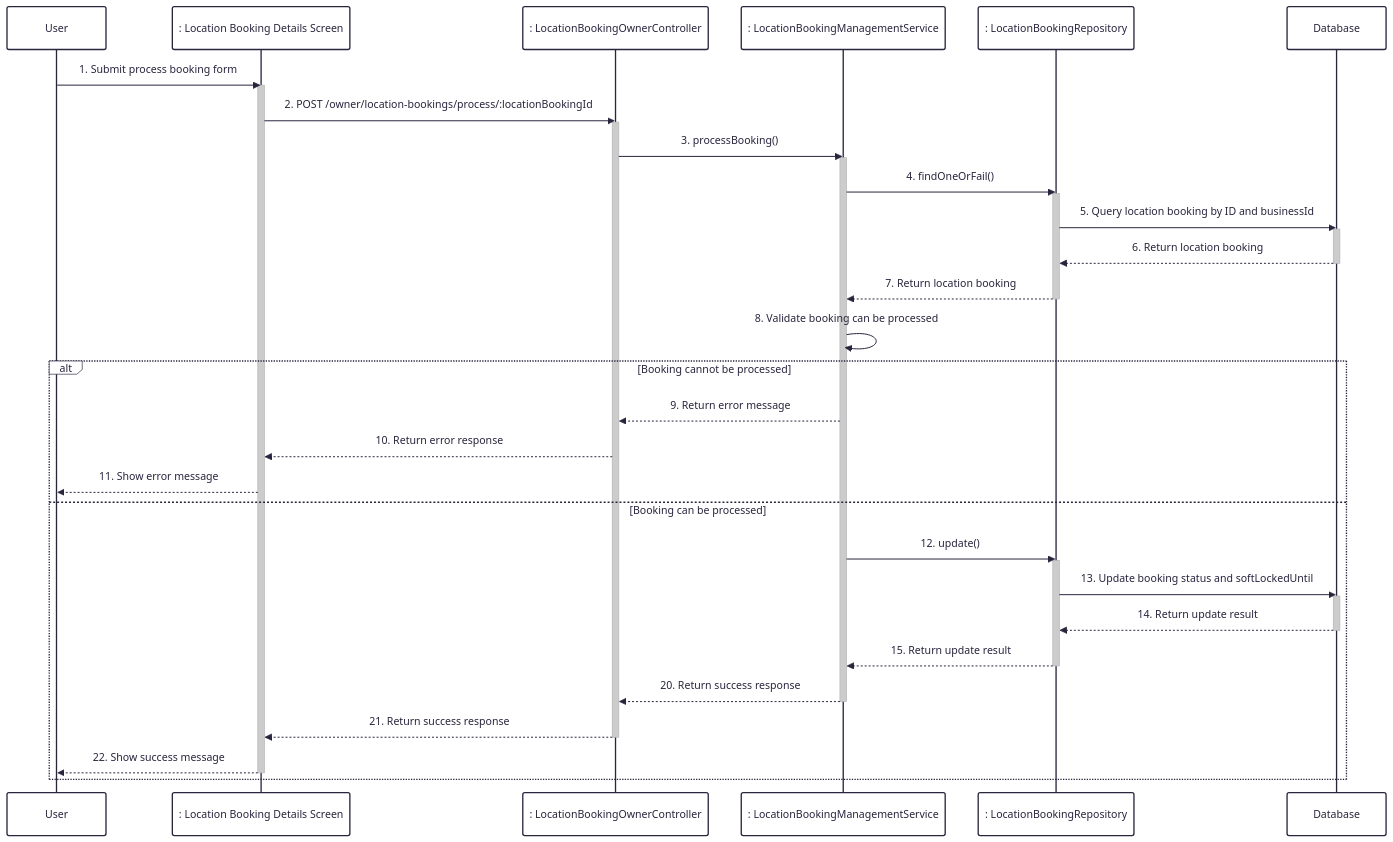
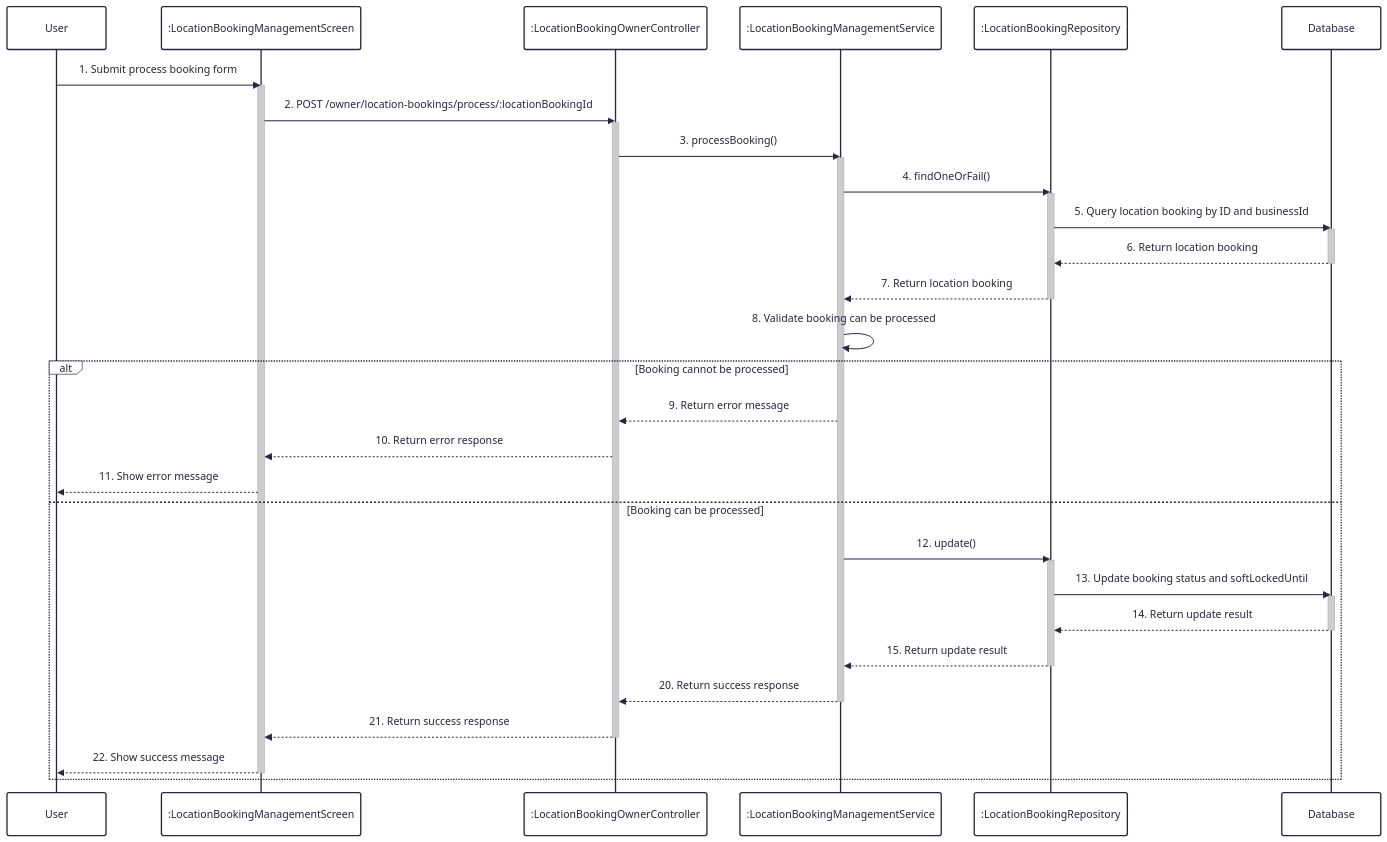
One commit to UrbanLens-2025/urban-lens_server changed the diagram in docs/sequence/8-process-location-booking.md. Above: the diagram before and after it, drawn with Mermaid. The commit also changed other lines of this file and 19 other files, not shown here.

````diff
--- a/docs/sequence/8-process-location-booking.md
+++ b/docs/sequence/8-process-location-booking.md
@@ -1,50 +1,50 @@
 ```mermaid
 ---
 config:
   theme: redux
   look: classic
 ---
 sequenceDiagram
     participant User
-    participant Frontend as : Location Booking Details Screen
-    participant LocationBookingOwnerController as : LocationBookingOwnerController
-    participant LocationBookingManagementService as : LocationBookingManagementService
-    participant LocationBookingRepository as : LocationBookingRepository
+    participant LocationBookingManagementScreen as :LocationBookingManagementScreen
+    participant LocationBookingOwnerController as :LocationBookingOwnerController
+    participant LocationBookingManagementService as :LocationBookingManagementService
+    participant LocationBookingRepository as :LocationBookingRepository
     participant Database
 
-    User->>Frontend: 1. Submit process booking form
-    activate Frontend
-    Frontend->>LocationBookingOwnerController: 2. POST /owner/location-bookings/process/:locationBookingId
+    User->>LocationBookingManagementScreen: 1. Submit process booking form
+    activate LocationBookingManagementScreen
+    LocationBookingManagementScreen->>LocationBookingOwnerController: 2. POST /owner/location-bookings/process/:locationBookingId
     activate LocationBookingOwnerController
     LocationBookingOwnerController->>LocationBookingManagementService: 3. processBooking()
     activate LocationBookingManagementService
     LocationBookingManagementService->>LocationBookingRepository: 4. findOneOrFail()
     activate LocationBookingRepository
     LocationBookingRepository->>Database: 5. Query location booking by ID and businessId
     activate Database
     Database-->>LocationBookingRepository: 6. Return location booking
     deactivate Database
     LocationBookingRepository-->>LocationBookingManagementService: 7. Return location booking
     deactivate LocationBookingRepository
     LocationBookingManagementService->>LocationBookingManagementService: 8. Validate booking can be processed
     alt Booking cannot be processed
         LocationBookingManagementService-->>LocationBookingOwnerController: 9. Return error message
-        LocationBookingOwnerController-->>Frontend: 10. Return error response
-        Frontend-->>User: 11. Show error message
+        LocationBookingOwnerController-->>LocationBookingManagementScreen: 10. Return error response
+        LocationBookingManagementScreen-->>User: 11. Show error message
     else Booking can be processed
         LocationBookingManagementService->>LocationBookingRepository: 12. update()
         activate LocationBookingRepository
         LocationBookingRepository->>Database: 13. Update booking status and softLockedUntil
         activate Database
         Database-->>LocationBookingRepository: 14. Return update result
         deactivate Database
         LocationBookingRepository-->>LocationBookingManagementService: 15. Return update result
         deactivate LocationBookingRepository
         LocationBookingManagementService-->>LocationBookingOwnerController: 20. Return success response
         deactivate LocationBookingManagementService
-        LocationBookingOwnerController-->>Frontend: 21. Return success response
+        LocationBookingOwnerController-->>LocationBookingManagementScreen: 21. Return success response
         deactivate LocationBookingOwnerController
-        Frontend-->>User: 22. Show success message
-        deactivate Frontend
+        LocationBookingManagementScreen-->>User: 22. Show success message
+        deactivate LocationBookingManagementScreen
     end
 ```
````
